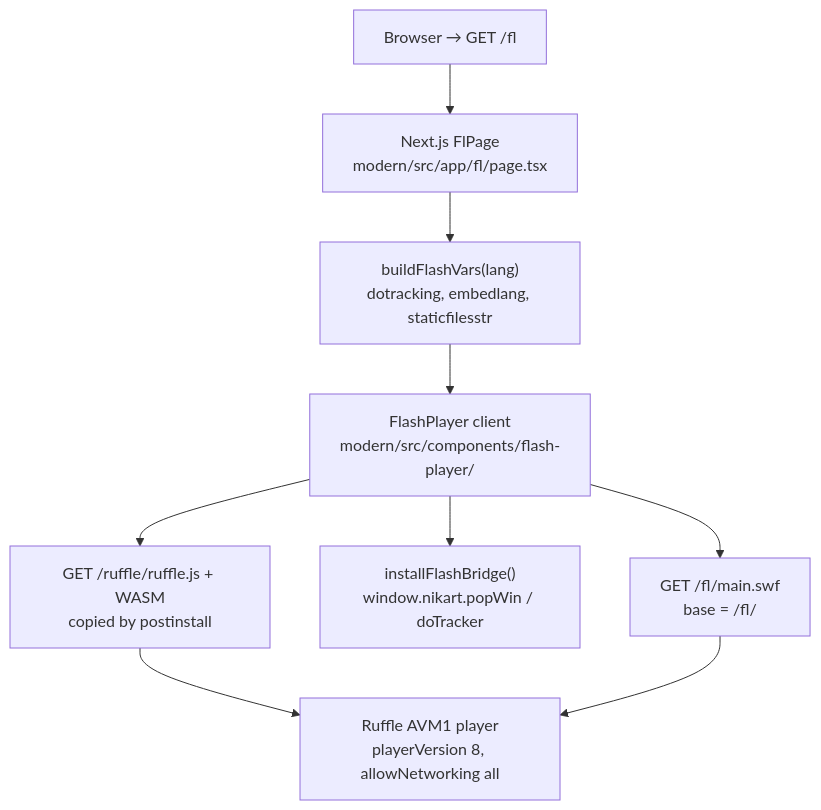
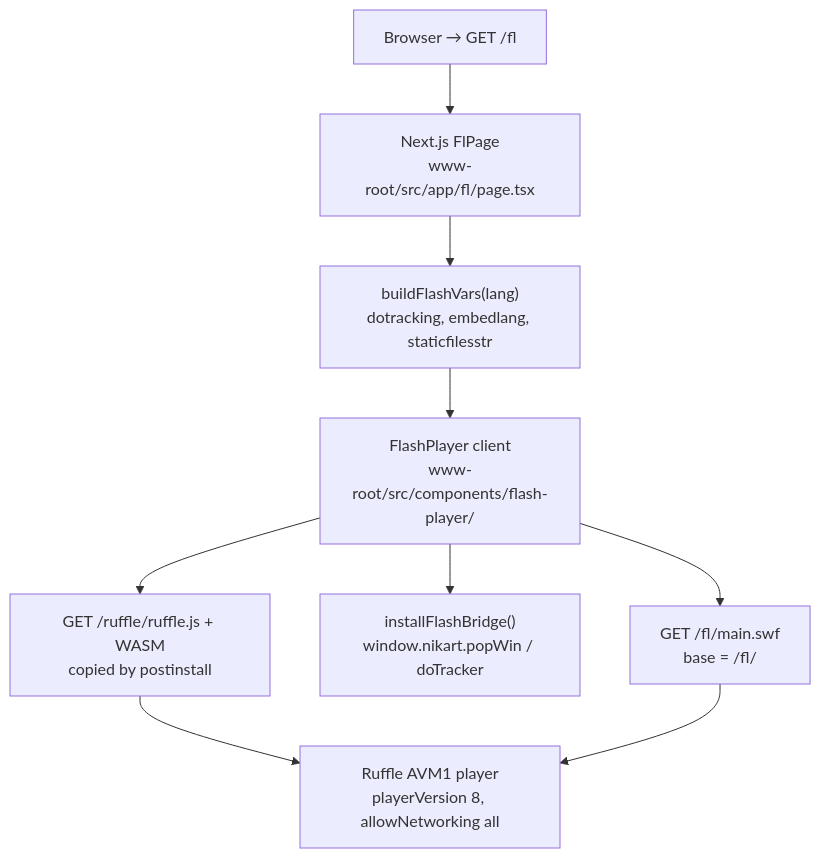
One commit to nikise1/nikart changed the first of 9 diagrams in docs/RUFFLE_PREVIEW.md. Above: the diagram before and after it, drawn with Mermaid. The commit also changed other lines of this file and 144 other files, not shown here.

First line of the commit message:
Rename the Next.js app from modern to www-root

````diff
--- a/docs/RUFFLE_PREVIEW.md
+++ b/docs/RUFFLE_PREVIEW.md
@@ -13,17 +13,17 @@
 ```mermaid
 flowchart TB
   visitor["Browser → GET /fl"]
-  nextjs["Next.js FlPage<br/>modern/src/app/fl/page.tsx"]
+  nextjs["Next.js FlPage<br/>www-root/src/app/fl/page.tsx"]
   vars["buildFlashVars(lang)<br/>dotracking, embedlang, staticfilesstr"]
-  player["FlashPlayer client<br/>modern/src/components/flash-player/"]
+  player["FlashPlayer client<br/>www-root/src/components/flash-player/"]
   ruffleJs["GET /ruffle/ruffle.js + WASM<br/>copied by postinstall"]
   bridge["installFlashBridge()<br/>window.nikart.popWin / doTracker"]
   wasm["Ruffle AVM1 player<br/>playerVersion 8, allowNetworking all"]
   swf["GET /fl/main.swf<br/>base = /fl/"]
 
   visitor --> nextjs --> vars --> player
   player --> ruffleJs --> wasm
   player --> bridge
   player --> swf
   swf --> wasm
 ```
````
